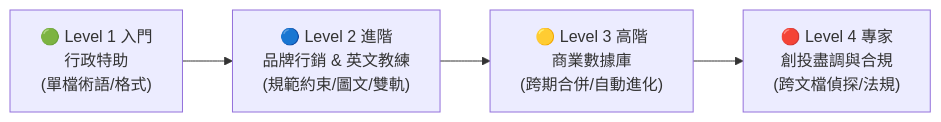
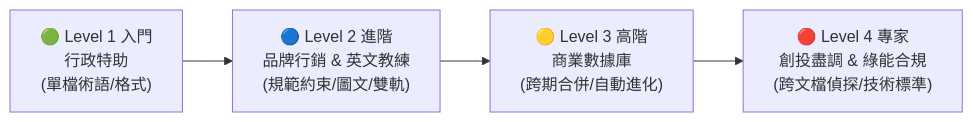
One commit to roberthsu2003/workflow-productivity changed the third of 3 diagrams in Claude_ai/Projects/README.md. Above: the diagram before and after it, drawn with Mermaid. The commit also changed other lines of this file and 5 other files, not shown here.

````diff
--- a/Claude_ai/Projects/README.md
+++ b/Claude_ai/Projects/README.md
@@ -116,6 +116,6 @@
 ```mermaid
 graph LR
     L1["🟢 Level 1 入門<br/>行政特助<br/>(單檔術語/格式)"] --> L2["🔵 Level 2 進階<br/>品牌行銷 & 英文教練<br/>(規範約束/圖文/雙軌)"]
     L2 --> L3["🟡 Level 3 高階<br/>商業數據庫<br/>(跨期合併/自動進化)"]
-    L3 --> L4["🔴 Level 4 專家<br/>創投盡調與合規<br/>(跨文檔偵探/法規)"]
+    L3 --> L4["🔴 Level 4 專家<br/>創投盡調 & 綠能合規<br/>(跨文檔偵探/技術標準)"]
 ```
````
